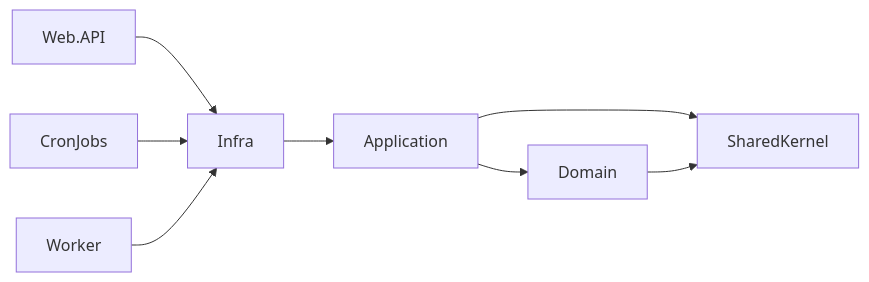
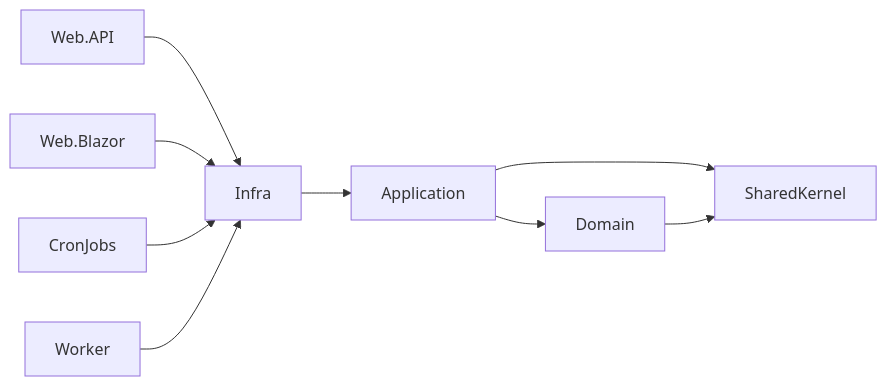
The second of 4 diagrams in README.md (DiegoModesto/scaffold-backend), drawn with Mermaid before and after one commit. The commit also changed other lines of this file and 131 other files, not shown here.

````diff
--- a/README.md
+++ b/README.md
@@ -173,10 +200,11 @@
 ```mermaid
 flowchart LR
     WebAPI[Web.API] --> Infra
+    Blazor[Web.Blazor] --> Infra
     Infra --> Application
     Application --> Domain
     Application --> SharedKernel
     Domain --> SharedKernel
     CronJobs --> Infra
     Worker --> Infra
 ```
````
